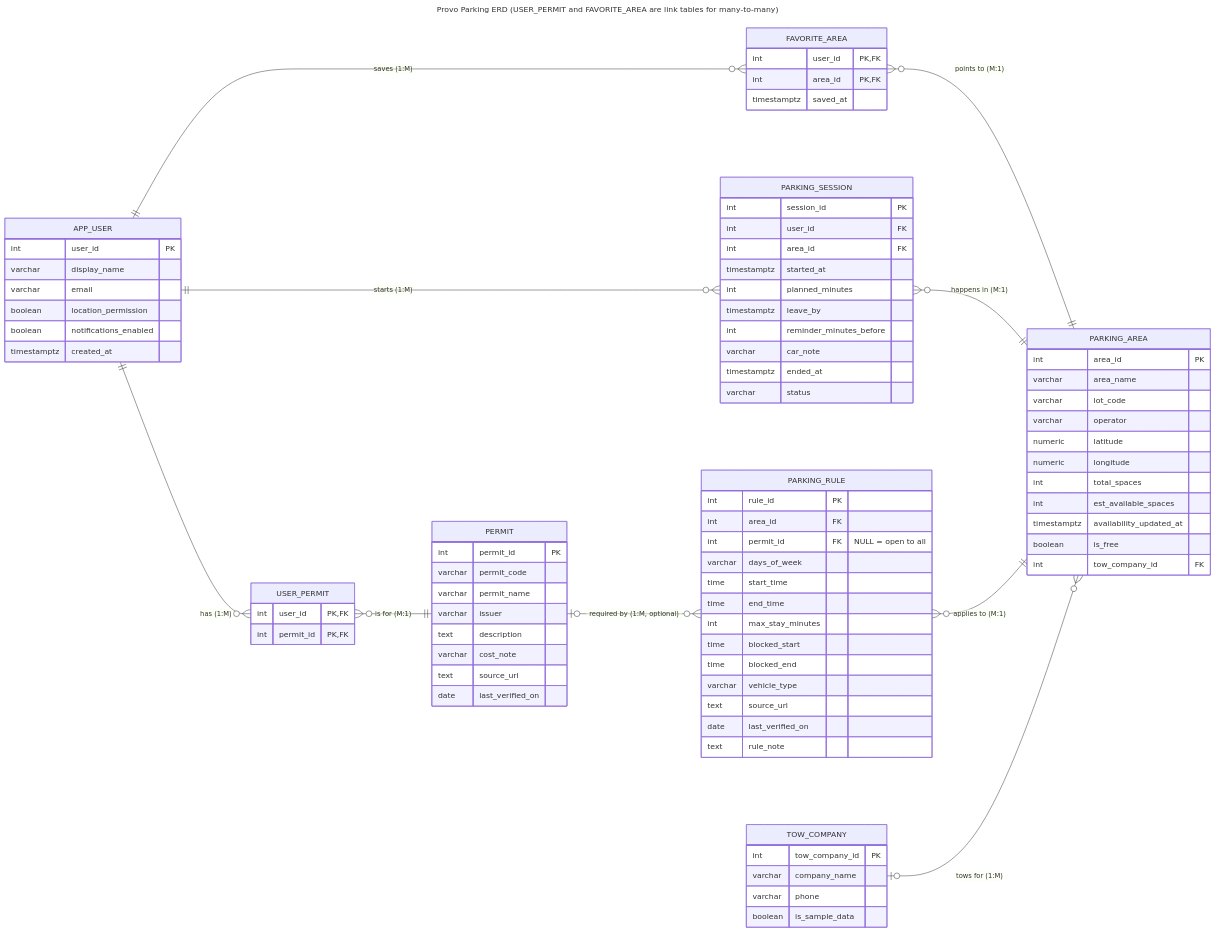
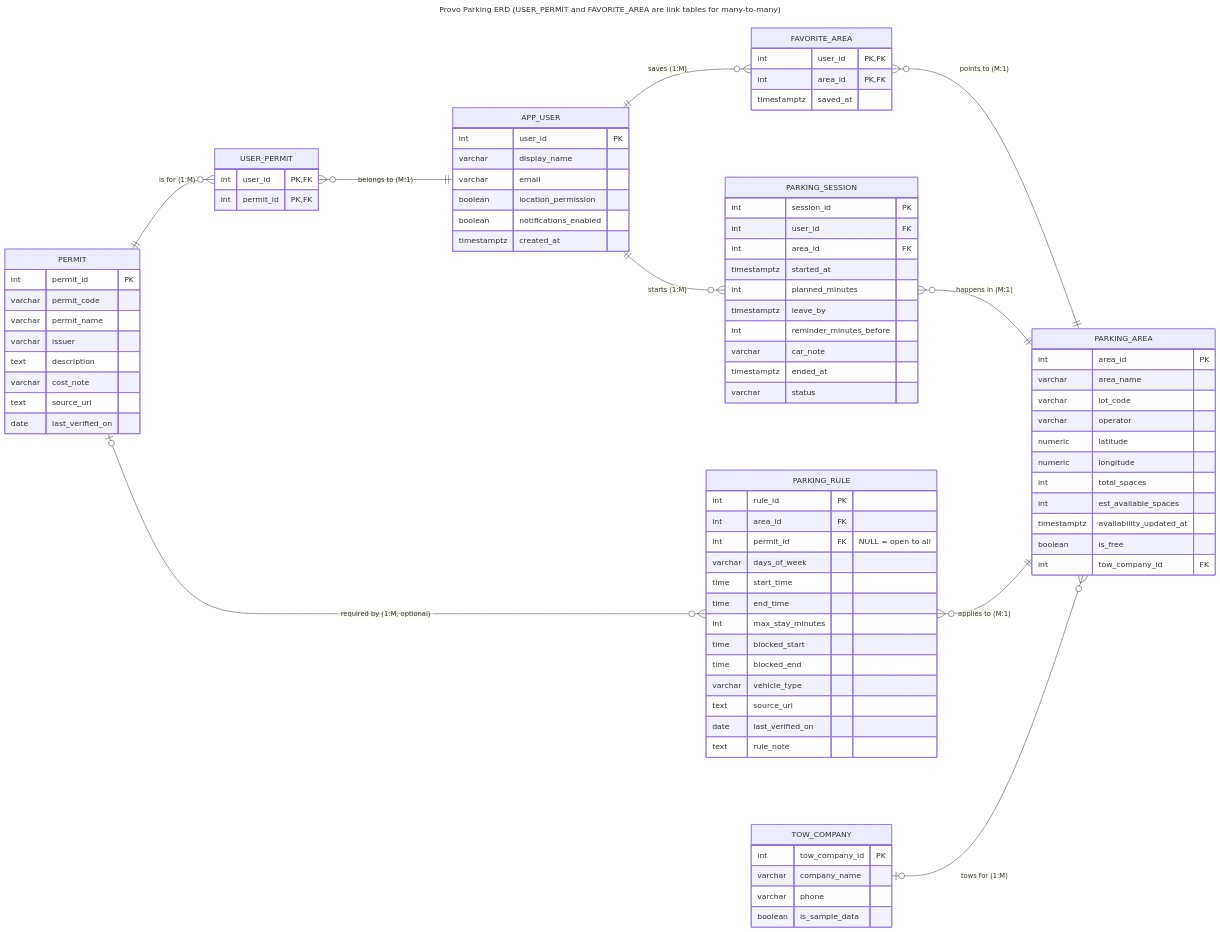
One commit to ParkerMorris11/ProvoParking changed the diagram in docs/erd.mmd. Above: the diagram before and after it, drawn with Mermaid. The commit also changed 1 other file, not shown here.

Commit message:
Move APP_USER to the middle of the ERD so its lines are short
Claude-Session: https://claude.ai/code/session_01DdEjXydVjiutYzgZs9ir16

```diff
--- a/docs/erd.mmd
+++ b/docs/erd.mmd
@@ -1,88 +1,88 @@
 ---
 title: "Provo Parking ERD (USER_PERMIT and FAVORITE_AREA are link tables for many-to-many)"
 ---
 erDiagram
     direction LR
-    APP_USER ||--o{ USER_PERMIT : "has (1:M)"
-    USER_PERMIT }o--|| PERMIT : "is for (M:1)"
+    PERMIT ||--o{ USER_PERMIT : "is for (1:M)"
+    USER_PERMIT }o--|| APP_USER : "belongs to (M:1)"
     APP_USER ||--o{ FAVORITE_AREA : "saves (1:M)"
+    APP_USER ||--o{ PARKING_SESSION : "starts (1:M)"
     FAVORITE_AREA }o--|| PARKING_AREA : "points to (M:1)"
-    APP_USER ||--o{ PARKING_SESSION : "starts (1:M)"
     PARKING_SESSION }o--|| PARKING_AREA : "happens in (M:1)"
     PERMIT |o--o{ PARKING_RULE : "required by (1:M, optional)"
     PARKING_RULE }o--|| PARKING_AREA : "applies to (M:1)"
     TOW_COMPANY |o--o{ PARKING_AREA : "tows for (1:M)"
 
     APP_USER {
         int user_id PK
         varchar display_name
         varchar email
         boolean location_permission
         boolean notifications_enabled
         timestamptz created_at
     }
     PERMIT {
         int permit_id PK
         varchar permit_code
         varchar permit_name
         varchar issuer
         text description
         varchar cost_note
         text source_url
         date last_verified_on
     }
     USER_PERMIT {
         int user_id PK,FK
         int permit_id PK,FK
     }
     PARKING_AREA {
         int area_id PK
         varchar area_name
         varchar lot_code
         varchar operator
         numeric latitude
         numeric longitude
         int total_spaces
         int est_available_spaces
         timestamptz availability_updated_at
         boolean is_free
         int tow_company_id FK
     }
     PARKING_RULE {
         int rule_id PK
         int area_id FK
         int permit_id FK "NULL = open to all"
         varchar days_of_week
         time start_time
         time end_time
         int max_stay_minutes
         time blocked_start
         time blocked_end
         varchar vehicle_type
         text source_url
         date last_verified_on
         text rule_note
     }
     FAVORITE_AREA {
         int user_id PK,FK
         int area_id PK,FK
         timestamptz saved_at
     }
     PARKING_SESSION {
         int session_id PK
         int user_id FK
         int area_id FK
         timestamptz started_at
         int planned_minutes
         timestamptz leave_by
         int reminder_minutes_before
         varchar car_note
         timestamptz ended_at
         varchar status
     }
     TOW_COMPANY {
         int tow_company_id PK
         varchar company_name
         varchar phone
         boolean is_sample_data
     }
```
